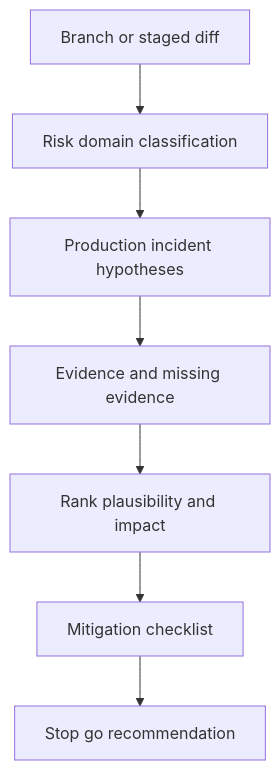
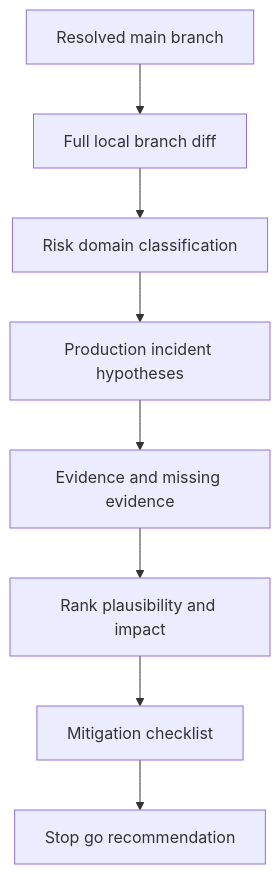
Before and after one commit to bruuuuuce/mana: the diagram in skills/production-premortem/SKILL.md, drawn with Mermaid. The commit also changed other lines of this file and 28 other files, not shown here.

First line of the commit message:
Add runner routing and branch diff safeguards

````diff
--- a/skills/production-premortem/SKILL.md
+++ b/skills/production-premortem/SKILL.md
@@ -179,9 +192,10 @@
 ```mermaid
 flowchart TD
-    Diff[Branch or staged diff] --> Domains[Risk domain classification]
+    Base[Resolved main branch] --> Diff[Full local branch diff]
+    Diff --> Domains[Risk domain classification]
     Domains --> Incident[Production incident hypotheses]
     Incident --> Evidence[Evidence and missing evidence]
     Evidence --> Rank[Rank plausibility and impact]
     Rank --> Mitigate[Mitigation checklist]
     Mitigate --> Gate[Stop go recommendation]
 ```
````
